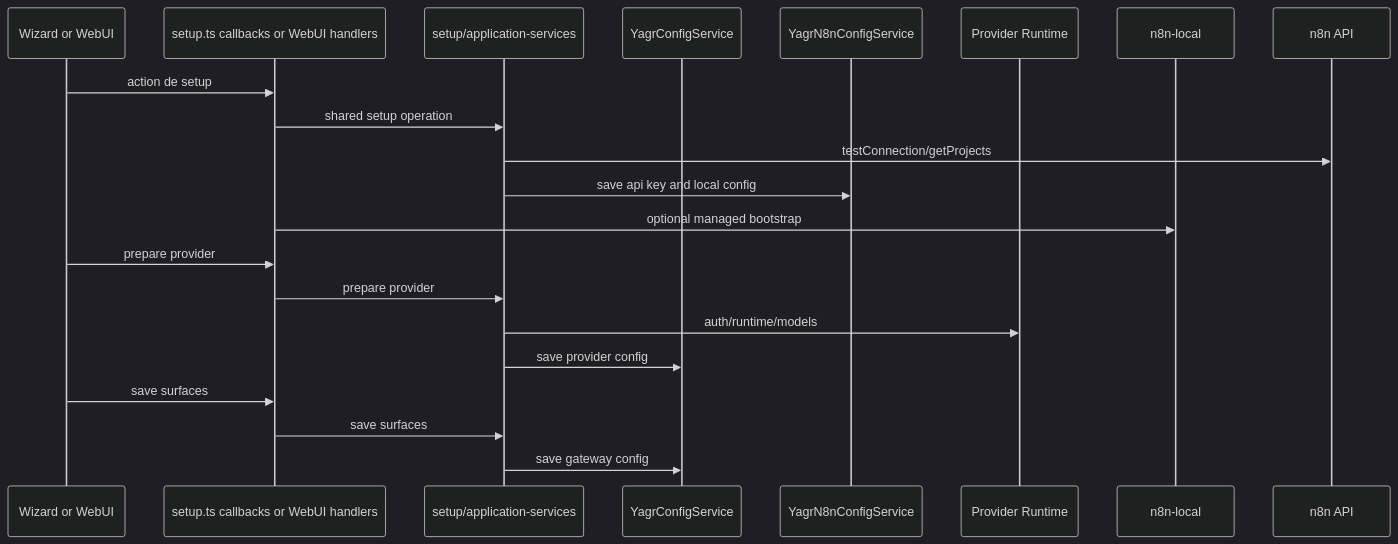
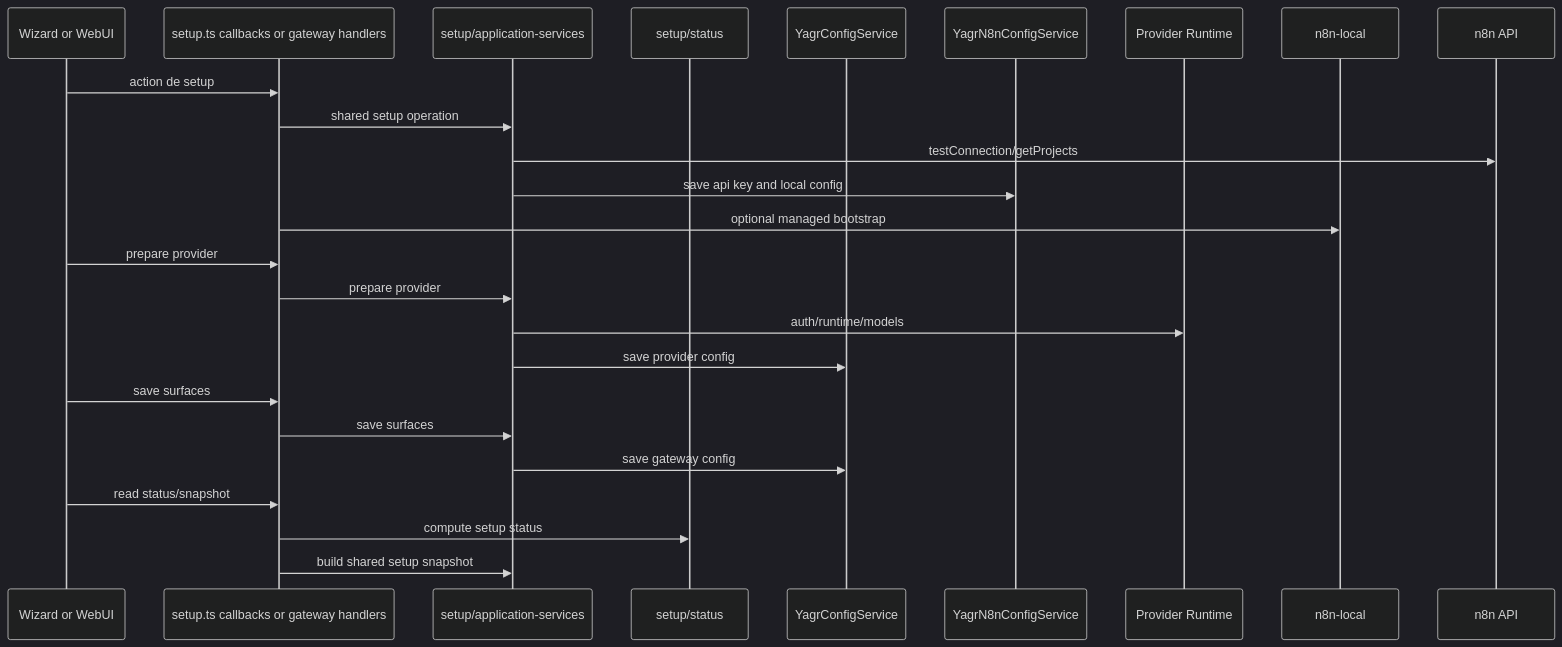
One commit to EtienneLescot/yagr changed the second of 5 diagrams in architecture/current/runtime-flows.md. Above: the diagram before and after it, drawn with Mermaid (dark theme). The commit also changed other lines of this file and 1 other file, not shown here.

Commit message:
refactor: update runtime flows and system overview documentation to reflect architectural changes and remove deprecated components

````diff
--- a/architecture/current/runtime-flows.md
+++ b/architecture/current/runtime-flows.md
@@ -39,24 +45,28 @@
 ```mermaid
 sequenceDiagram
     participant UI as Wizard or WebUI
-    participant S as setup.ts callbacks or WebUI handlers
+    participant H as setup.ts callbacks or gateway handlers
     participant AS as setup/application-services
+    participant ST as setup/status
     participant YC as YagrConfigService
     participant NC as YagrN8nConfigService
     participant PR as Provider Runtime
     participant NL as n8n-local
     participant N8N as n8n API
 
-    UI->>S: action de setup
-    S->>AS: shared setup operation
+    UI->>H: action de setup
+    H->>AS: shared setup operation
     AS->>N8N: testConnection/getProjects
     AS->>NC: save api key and local config
-    S->>NL: optional managed bootstrap
-    UI->>S: prepare provider
-    S->>AS: prepare provider
+    H->>NL: optional managed bootstrap
+    UI->>H: prepare provider
+    H->>AS: prepare provider
     AS->>PR: auth/runtime/models
     AS->>YC: save provider config
-    UI->>S: save surfaces
-    S->>AS: save surfaces
+    UI->>H: save surfaces
+    H->>AS: save surfaces
     AS->>YC: save gateway config
+    UI->>H: read status/snapshot
+    H->>ST: compute setup status
+    H->>AS: build shared setup snapshot
 ```
````
